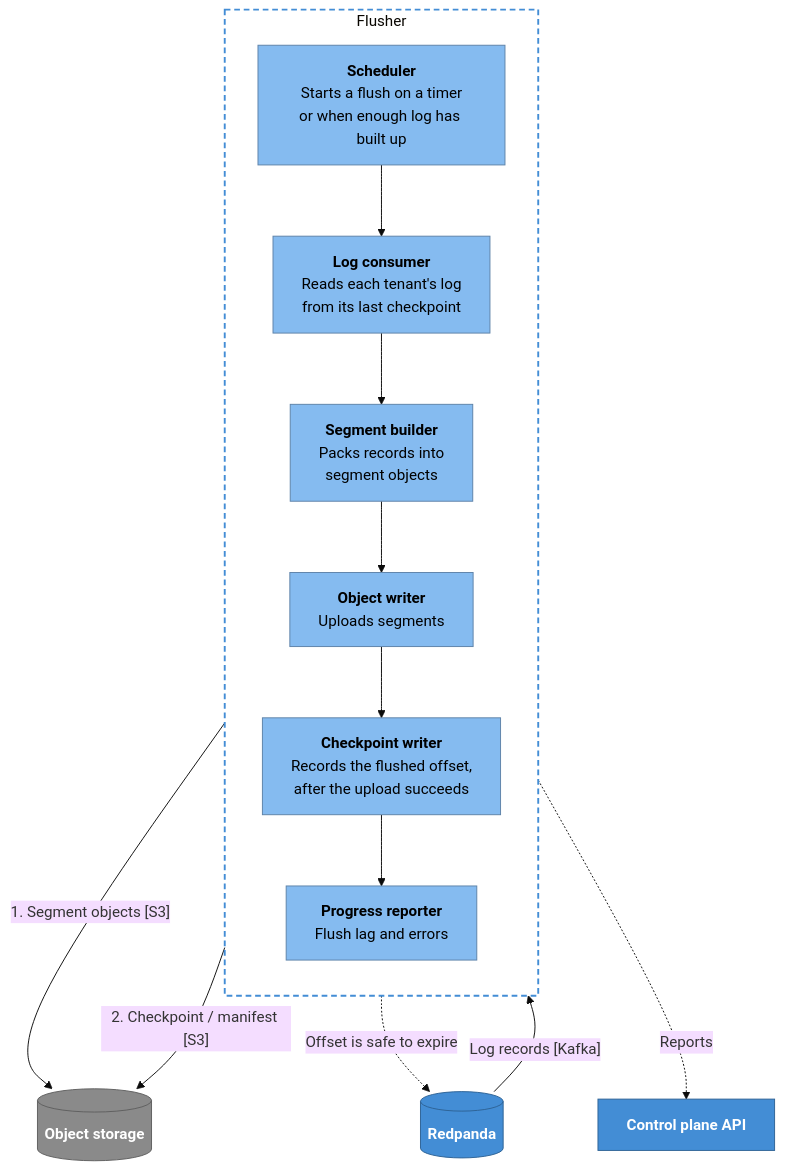
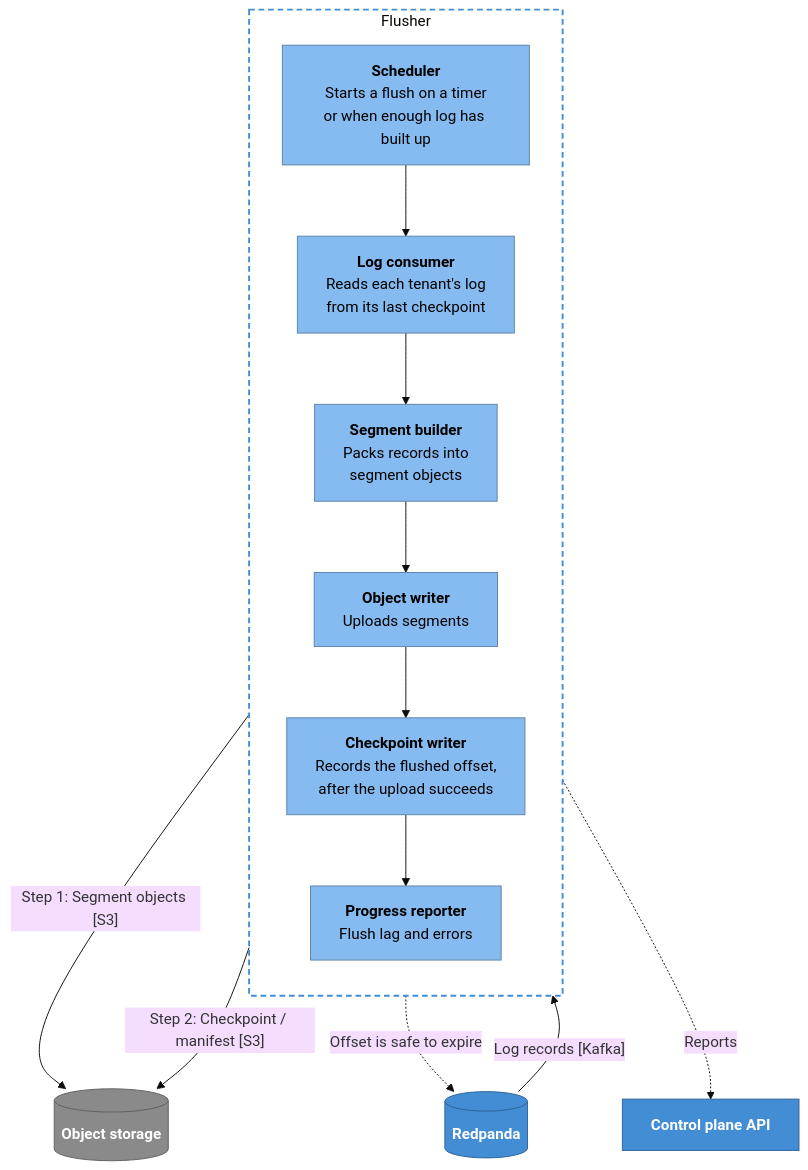
The diagram in docs/diagrams/05-components-flusher.md (nickstrad/strata), drawn with Mermaid (base theme) before and after one commit. The commit also changed 2 other files, not shown here.

Commit message:
Fix diagram edge labels that Mermaid read as lists
Labels starting with '1. ' / '2. ' rendered as 'Unsupported markdown: list'.
Reworded to 'Step 1: ' / 'Step 2: '.

````diff
--- a/docs/diagrams/05-components-flusher.md
+++ b/docs/diagrams/05-components-flusher.md
@@ -5,36 +5,36 @@
 ```mermaid
 flowchart TB
     rp[("<b>Redpanda</b>")]
 
     subgraph flusher["Flusher"]
         direction TB
         sched["<b>Scheduler</b><br/>Starts a flush on a timer<br/>or when enough log has built up"]
         consumer["<b>Log consumer</b><br/>Reads each tenant's log<br/>from its last checkpoint"]
         builder["<b>Segment builder</b><br/>Packs records into<br/>segment objects"]
         writer["<b>Object writer</b><br/>Uploads segments"]
         ckpt["<b>Checkpoint writer</b><br/>Records the flushed offset,<br/>after the upload succeeds"]
         report["<b>Progress reporter</b><br/>Flush lag and errors"]
     end
 
     obj[("<b>Object storage</b>")]
     cpapi["<b>Control plane API</b>"]
 
     sched --> consumer
     rp -- "Log records [Kafka]" --> consumer
     consumer --> builder
     builder --> writer
-    writer -- "1. Segment objects [S3]" --> obj
+    writer -- "Step 1: Segment objects [S3]" --> obj
     writer --> ckpt
-    ckpt -- "2. Checkpoint / manifest [S3]" --> obj
+    ckpt -- "Step 2: Checkpoint / manifest [S3]" --> obj
     ckpt -. "Offset is safe to expire" .-> rp
     ckpt --> report
     report -. "Reports" .-> cpapi
 
     classDef component fill:#85bbf0,stroke:#5d82a8,color:#000000
     classDef container fill:#438dd5,stroke:#2e6295,color:#ffffff
     classDef external fill:#8a8a8a,stroke:#5f5f5f,color:#ffffff
     class sched,consumer,builder,writer,ckpt,report component
     class rp,cpapi container
     class obj external
     style flusher fill:none,stroke:#438dd5,stroke-width:2px,stroke-dasharray:6 4
 ```
````
